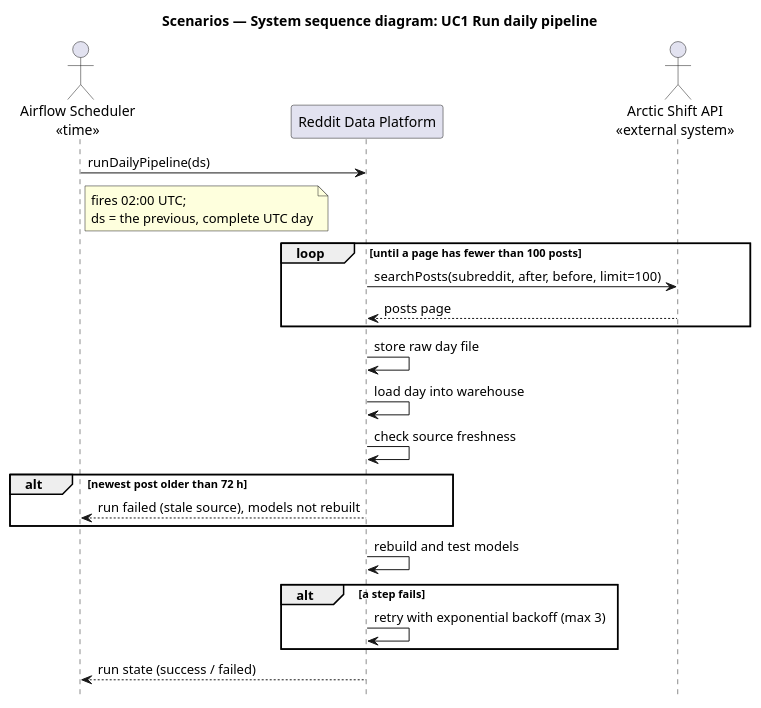
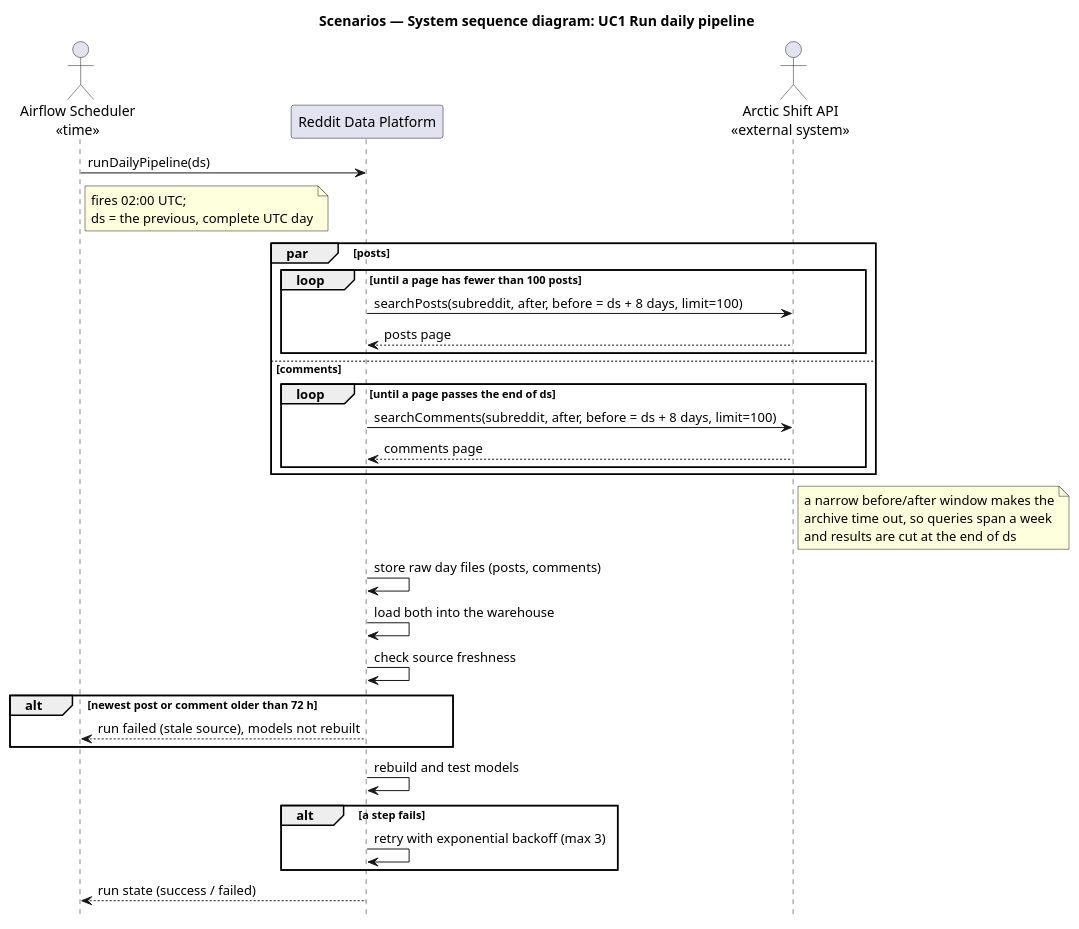
Before and after one commit to modsomjeed/reddit-dataeng: the diagram in docs/architecture/diagrams/ssd-daily-pipeline.puml, drawn with PlantUML. The commit also changed 14 other files, not shown here.

Commit message:
docs(architecture): add comments to the 4+1 views

```diff
--- a/docs/architecture/diagrams/ssd-daily-pipeline.puml
+++ b/docs/architecture/diagrams/ssd-daily-pipeline.puml
@@ -1,36 +1,48 @@
 @startuml ssd-daily-pipeline
 title Scenarios — System sequence diagram: UC1 Run daily pipeline
 skinparam shadowing false
 hide footbox
 
 actor "Airflow Scheduler\n<<time>>" as scheduler
 participant "Reddit Data Platform" as system
 actor "Arctic Shift API\n<<external system>>" as arctic
 
 scheduler -> system : runDailyPipeline(ds)
 note right of scheduler
   fires 02:00 UTC;
   ds = the previous, complete UTC day
 end note
 
-loop until a page has fewer than 100 posts
-  system -> arctic : searchPosts(subreddit, after, before, limit=100)
-  arctic --> system : posts page
+par posts
+  loop until a page has fewer than 100 posts
+    system -> arctic : searchPosts(subreddit, after, before = ds + 8 days, limit=100)
+    arctic --> system : posts page
+  end
+else comments
+  loop until a page passes the end of ds
+    system -> arctic : searchComments(subreddit, after, before = ds + 8 days, limit=100)
+    arctic --> system : comments page
+  end
 end
+note right of arctic
+  a narrow before/after window makes the
+  archive time out, so queries span a week
+  and results are cut at the end of ds
+end note
 
-system -> system : store raw day file
-system -> system : load day into warehouse
+system -> system : store raw day files (posts, comments)
+system -> system : load both into the warehouse
 system -> system : check source freshness
 
-alt newest post older than 72 h
+alt newest post or comment older than 72 h
   system --> scheduler : run failed (stale source), models not rebuilt
 end
 
 system -> system : rebuild and test models
 
 alt a step fails
   system -> system : retry with exponential backoff (max 3)
 end
 
 system --> scheduler : run state (success / failed)
 @enduml
```
